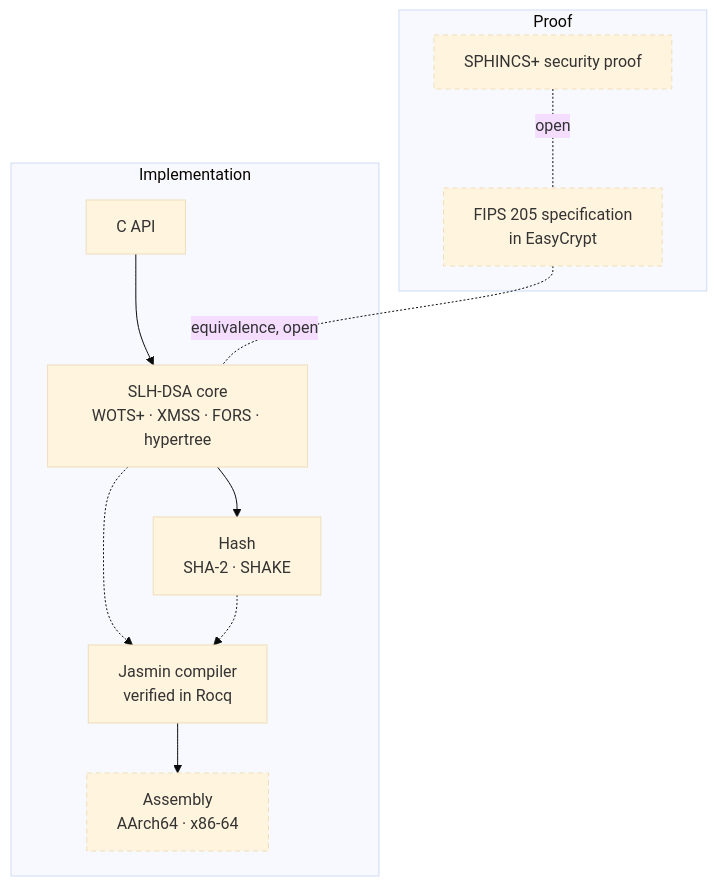
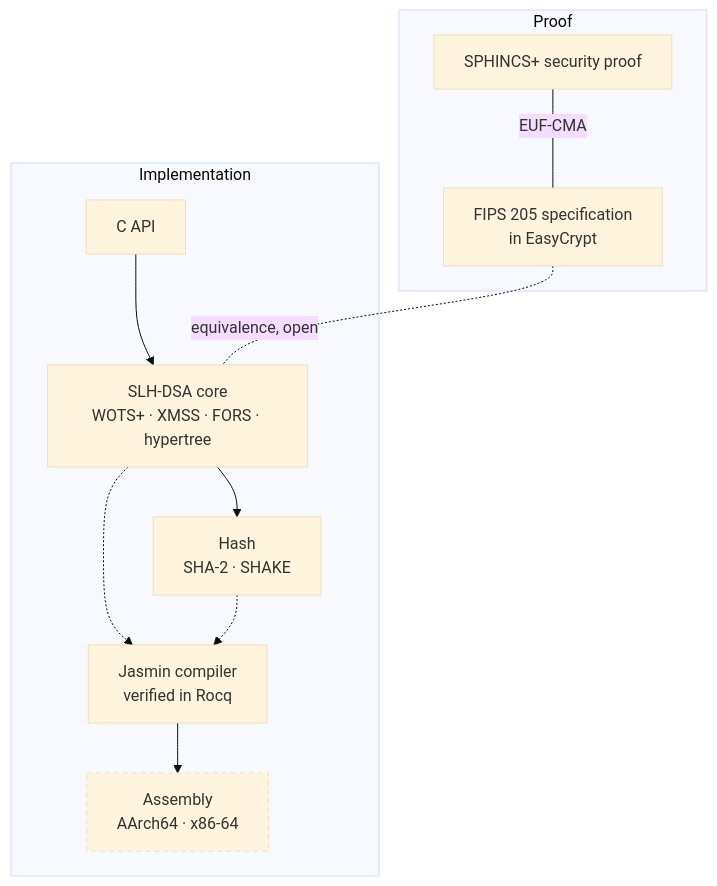
The diagram in README.md (nirapod-labs/nirapod-slhdsa), drawn with Mermaid (base theme) before and after one commit. The commit also changed other lines of this file and 1 other file, not shown here.

Commit message:
docs: describe the FIPS 205 specification and its EUF-CMA proof

````diff
--- a/README.md
+++ b/README.md
@@ -45,22 +45,22 @@
 ```mermaid
 flowchart TB
   subgraph code["Implementation"]
     api["C API"]
     core["SLH-DSA core<br/>WOTS+ · XMSS · FORS · hypertree"]
     hash["Hash<br/>SHA-2 · SHAKE"]
     jc["Jasmin compiler<br/>verified in Rocq"]
     asm["Assembly<br/>AArch64 · x86-64"]
     api --> core --> hash
     core -.-> jc
     hash -.-> jc
     jc --> asm
   end
   subgraph proof["Proof"]
     sec["SPHINCS+ security proof"]
     spec["FIPS 205 specification<br/>in EasyCrypt"]
-    sec -. "open" .- spec
+    sec -- "EUF-CMA" --- spec
   end
   spec -. "equivalence, open" .- core
   classDef planned stroke-dasharray: 5 4
-  class asm,sec,spec planned
+  class asm planned
 ```
````
